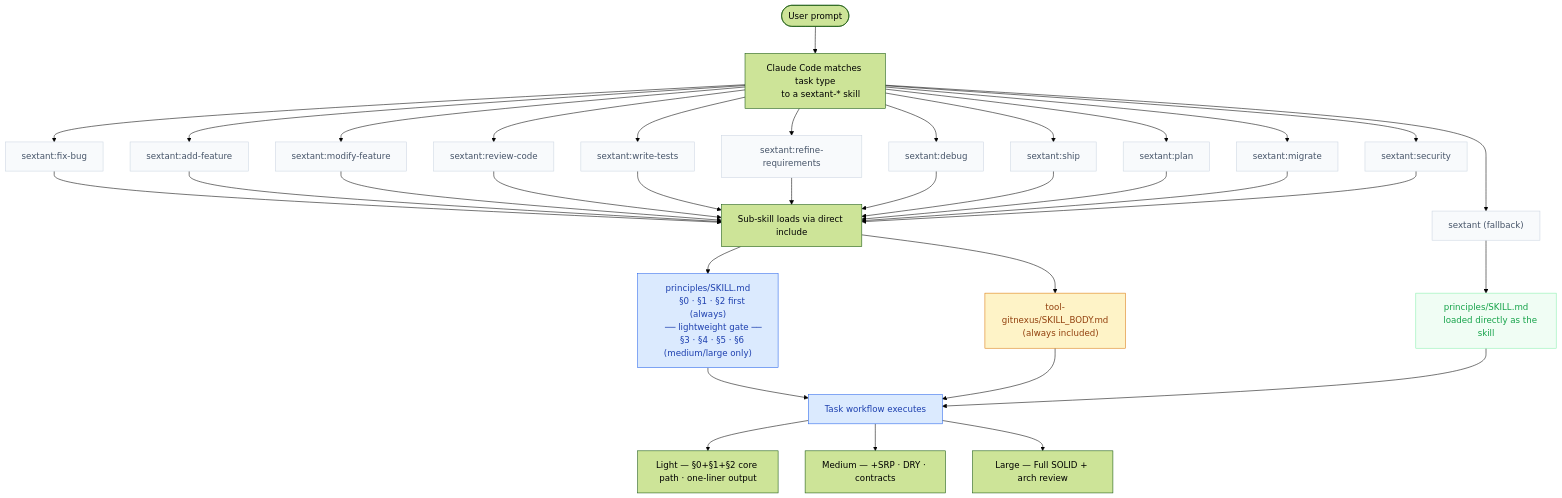
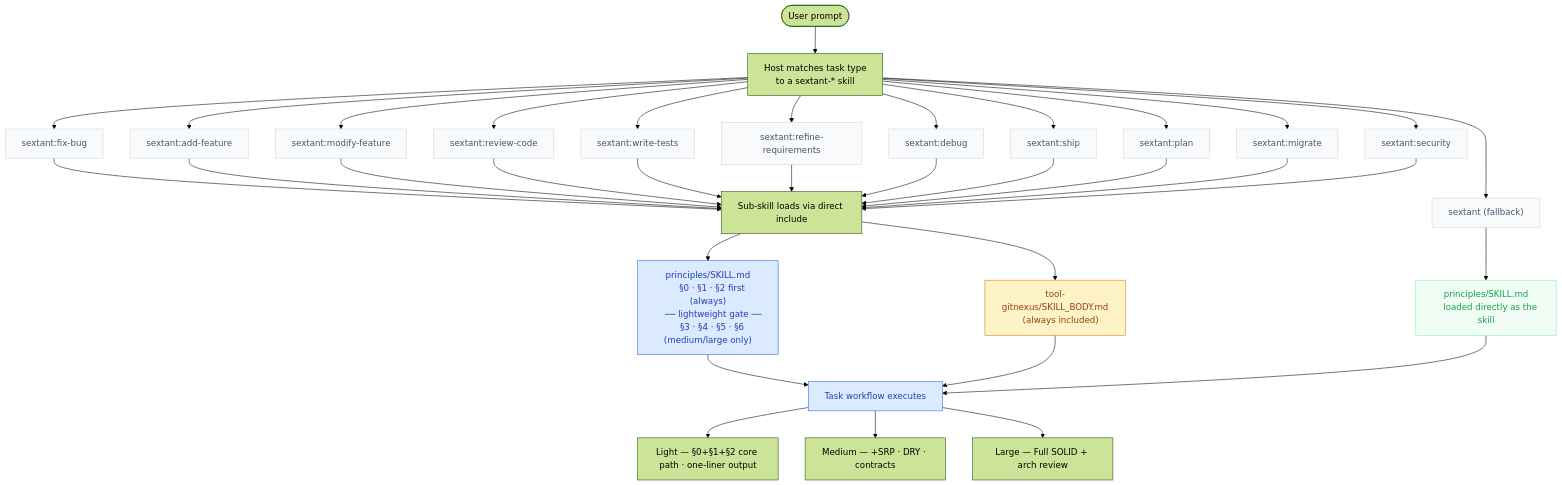
One commit to hellotern/Sextant changed the diagram in README.md. Above: the diagram before and after it, drawn with Mermaid (forest theme). The commit also changed other lines of this file and 9 other files, not shown here.

````diff
--- a/README.md
+++ b/README.md
@@ -60,58 +70,58 @@
 ```mermaid
 flowchart TD
     A(["User prompt"]) --> B
 
-    B["Claude Code matches task type
+    B["Host matches task type
     to a sextant-* skill"]
     B --> R1["sextant:fix-bug"]
     B --> R2["sextant:add-feature"]
     B --> R3["sextant:modify-feature"]
     B --> R4["sextant:review-code"]
     B --> R5["sextant:write-tests"]
     B --> R6["sextant:refine-requirements"]
     B --> R8["sextant:debug"]
     B --> R9["sextant:ship"]
     B --> R10["sextant:plan"]
     B --> R11["sextant:migrate"]
     B --> R12["sextant:security"]
     B --> R7["sextant (fallback)"]
 
     R1 --> C
     R2 --> C
     R3 --> C
     R4 --> C
     R5 --> C
     R6 --> C
     R8 --> C
     R9 --> C
     R10 --> C
     R11 --> C
     R12 --> C
     R7 --> F["principles/SKILL.md
     loaded directly as the skill"]
 
     C["Sub-skill loads via direct include"]
     C --> P["principles/SKILL.md
     §0 · §1 · §2 first (always)
     ── lightweight gate ──
     §3 · §4 · §5 · §6 (medium/large only)"]
     C --> GN["tool-gitnexus/SKILL_BODY.md
     (always included)"]
     P --> D["Task workflow executes"]
     GN --> D
     F --> D
 
     D --> S1["Light — §0+§1+§2 core path · one-liner output"]
     D --> S2["Medium — +SRP · DRY · contracts"]
     D --> S3["Large — Full SOLID + arch review"]
 
     classDef skill       fill:#f8fafc,stroke:#cbd5e1,color:#475569
     classDef inject      fill:#dbeafe,stroke:#2563eb,color:#1e40af
     classDef conditional fill:#fef3c7,stroke:#d97706,color:#92400e
     classDef fallback    fill:#f0fdf4,stroke:#86efac,color:#16a34a
 
     class R1,R2,R3,R4,R5,R6,R7,R8,R9,R10,R11,R12 skill
     class P,D inject
     class GN conditional
     class F fallback
 ```
````
